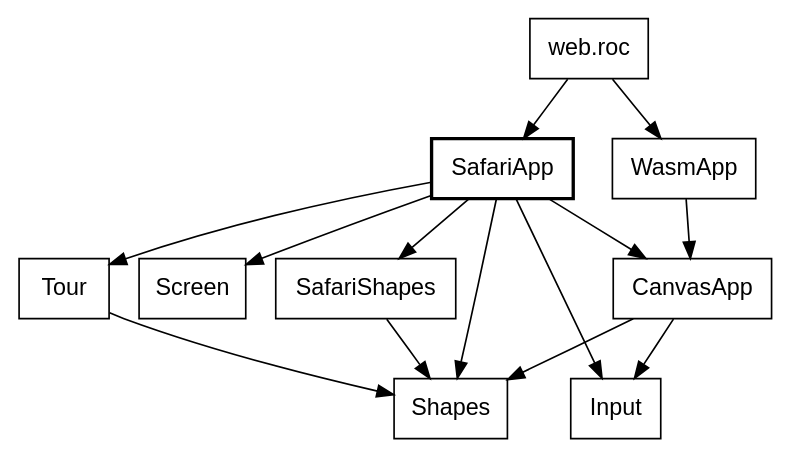
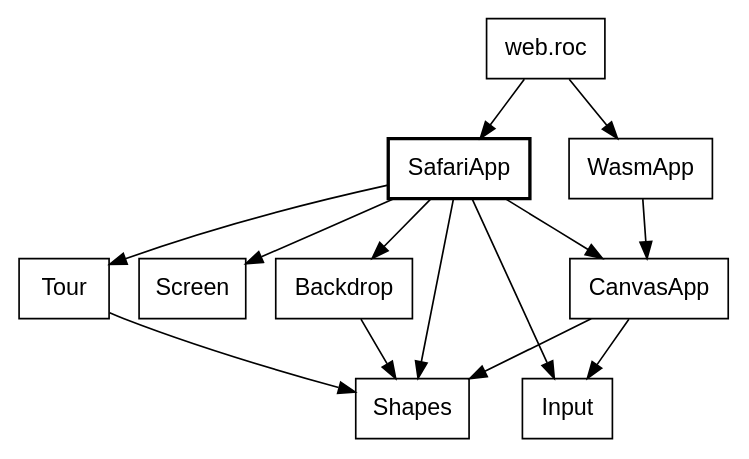
Before and after one commit to showell/roc-apps: diagram 19 of 19 in canvas_apps/safari/tutorial/tutorial.md, drawn with Graphviz. The commit also changed other lines of this file and 8 other files, not shown here.

First line of the commit message:
safari: SafariShapes becomes Backdrop, and its frame becomes behind

````diff
--- a/canvas_apps/safari/tutorial/tutorial.md
+++ b/canvas_apps/safari/tutorial/tutorial.md
@@ -1381,20 +1381,20 @@
 ```dot
 digraph platform {
   node [shape=box, fontname="Helvetica"];
   web [label="web.roc"];
   SafariApp [style=bold];
   web -> WasmApp;
   web -> SafariApp;
   WasmApp -> CanvasApp;
   SafariApp -> CanvasApp;
   SafariApp -> Input;
   SafariApp -> Tour;
-  SafariApp -> SafariShapes;
+  SafariApp -> Backdrop;
   SafariApp -> Screen;
   SafariApp -> Shapes;
   CanvasApp -> Input;
   CanvasApp -> Shapes;
   Tour -> Shapes;
-  SafariShapes -> Shapes;
+  Backdrop -> Shapes;
 }
 ```
````
